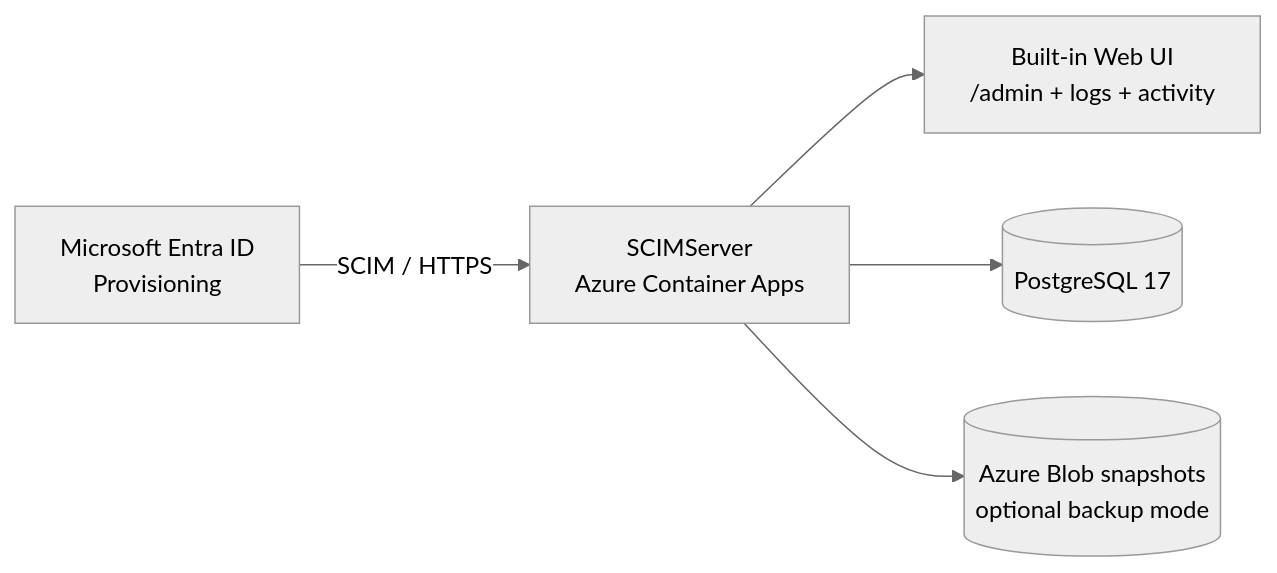
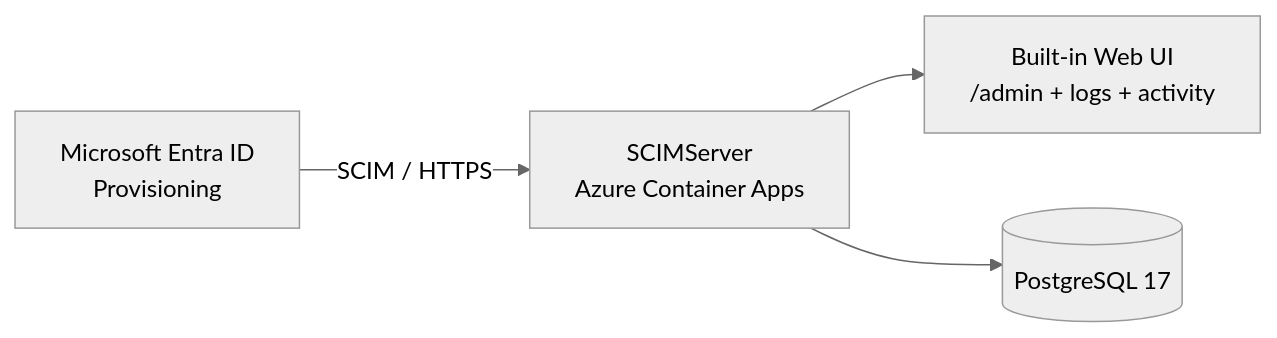
The diagram in README.md (pranems/SCIMServer), drawn with Mermaid (neutral theme) before and after one commit. The commit also changed other lines of this file and 45 other files, not shown here.

First line of the commit message:
feat(v0.23.0): blob/backup dead code elimination + readOnly stripping hardening

````diff
--- a/README.md
+++ b/README.md
@@ -134,7 +136,6 @@
 ```mermaid
 flowchart LR
     Entra[Microsoft Entra ID\nProvisioning] -->|SCIM / HTTPS| App[SCIMServer\nAzure Container Apps]
     App --> UI[Built-in Web UI\n/admin + logs + activity]
     App --> DB[(PostgreSQL 17)]
-    App --> Blob[(Azure Blob snapshots\noptional backup mode)]
 ```
````
